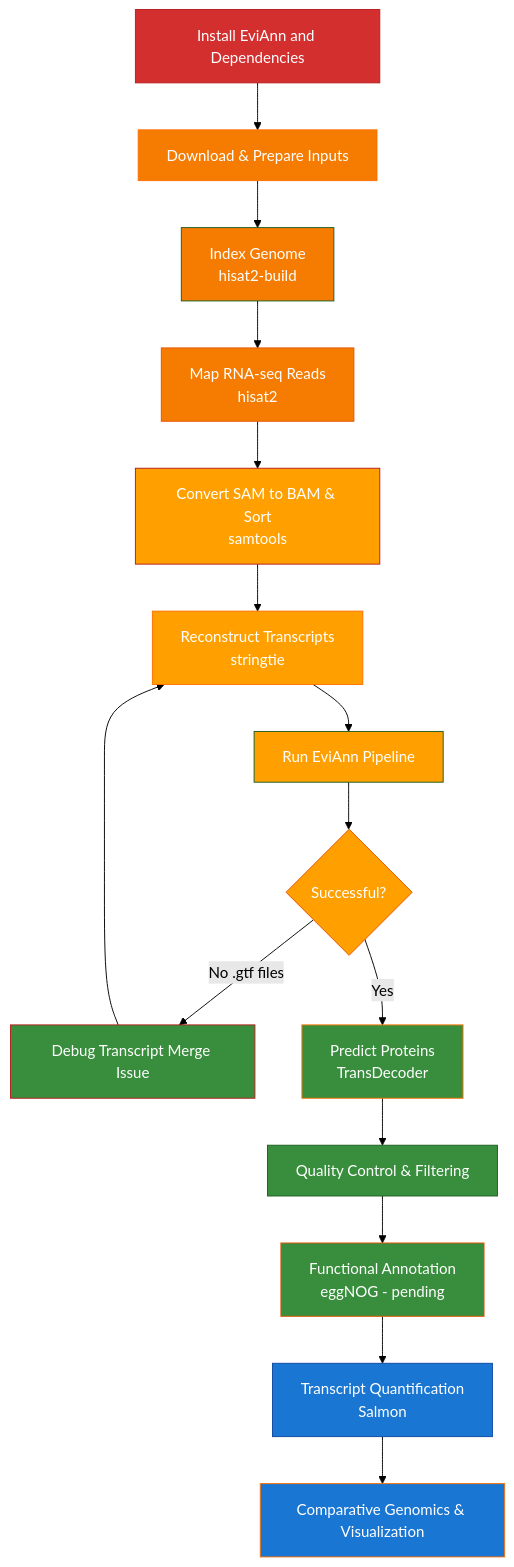
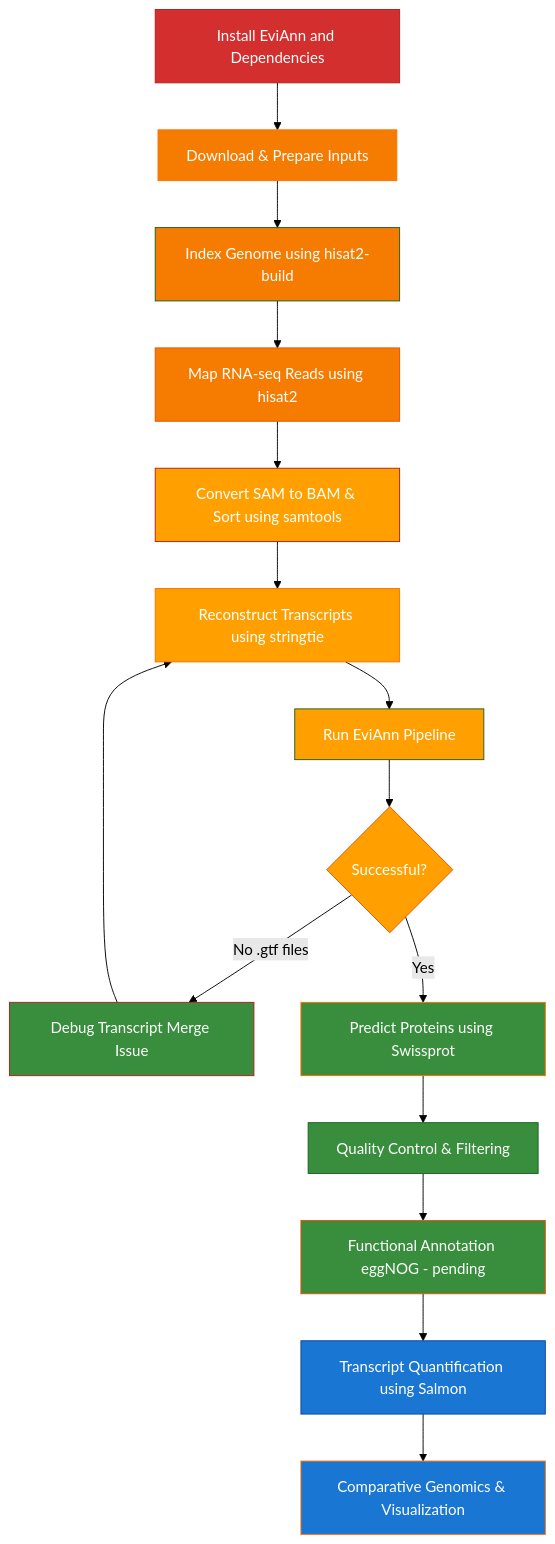
Before and after one commit to Aridoge13/Evo-Genomics: the diagram in Readme.md, drawn with Mermaid (forest theme). The commit also changed other lines of this file, not shown here.

Commit message:
final changes to the readme

````diff
--- a/Readme.md
+++ b/Readme.md
@@ -16,33 +16,33 @@
 ```mermaid
 
 flowchart TD
     A[Install EviAnn and Dependencies] --> B[Download & Prepare Inputs]
-    B --> C[Index Genome\nhisat2-build]
-    C --> D[Map RNA-seq Reads\nhisat2]
-    D --> E[Convert SAM to BAM & Sort\nsamtools]
-    E --> F[Reconstruct Transcripts\nstringtie]
+    B --> C[Index Genome using hisat2-build]
+    C --> D[Map RNA-seq Reads using hisat2]
+    D --> E[Convert SAM to BAM & Sort using samtools]
+    E --> F[Reconstruct Transcripts using stringtie]
     F --> G[Run EviAnn Pipeline]
     G --> H{Successful?}
     H -- No .gtf files --> I[Debug Transcript Merge Issue]
     I --> F
-    H -- Yes --> J[Predict Proteins\nTransDecoder]
+    H -- Yes --> J[Predict Proteins using Swissprot]
     J --> K[Quality Control & Filtering]
-    K --> L[Functional Annotation\neggNOG - pending]
-    L --> M[Transcript Quantification\nSalmon] 
+    K --> L[Functional Annotation eggNOG - pending]
+    L --> M[Transcript Quantification using Salmon] 
     M --> N[Comparative Genomics & Visualization]
 %% Color definitions
     style A fill:#d32f2f,stroke:#b71c1c,color:#ffffff
     style B fill:#f57c00,stroke:#ff6f00,color:#ffffff
     style C fill:#f57c00,stroke:#1b5e20,color:#ffffff
     style D fill:#f57c00,stroke:#e65100,color:#ffffff
     style E fill:#ffa000,stroke:#b71c1c,color:#ffffff
     style F fill:#ffa000,stroke:#ff6f00,color:#ffffff
     style G fill:#ffa000,stroke:#1b5e20,color:#ffffff
     style H fill:#ffa000,stroke:#e65100,color:#ffffff
     style I fill:#388e3c,stroke:#b71c1c,color:#ffffff
     style J fill:#388e3c,stroke:#ff6f00,color:#ffffff
     style K fill:#388e3c,stroke:#1b5e20,color:#ffffff
     style L fill:#388e3c,stroke:#e65100,color:#ffffff
     style M fill:#1976d2,stroke:#0d47a1,color:#ffffff
     style N fill:#1976d2,stroke:#ff6f00,color:#ffffff
 ```
````
